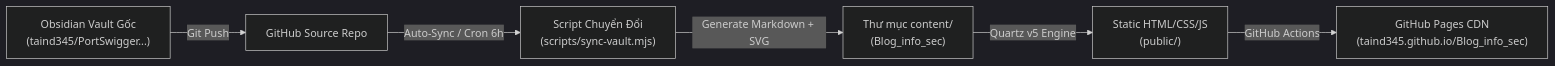
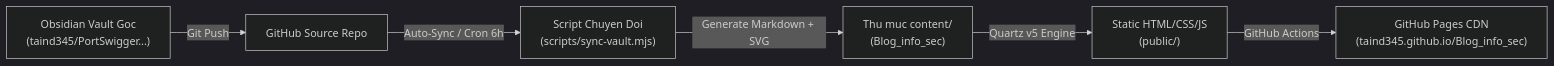
The diagram in GUIDE_SYSTEM.md (taind345/Blog_info_sec), drawn with Mermaid (dark theme) before and after one commit. The commit also changed other lines of this file, not shown here.

````diff
--- a/GUIDE_SYSTEM.md
+++ b/GUIDE_SYSTEM.md
@@ -11,8 +11,8 @@
 ```mermaid
 flowchart LR
-    A["Obsidian Vault Gốc\n(taind345/PortSwigger...)"] -->|"Git Push"| B["GitHub Source Repo"]
-    B -->|"Auto-Sync / Cron 6h"| C["Script Chuyển Đổi\n(scripts/sync-vault.mjs)"]
-    C -->|"Generate Markdown + SVG"| D["Thư mục content/\n(Blog_info_sec)"]
+    A["Obsidian Vault Goc\n(taind345/PortSwigger...)"] -->|"Git Push"| B["GitHub Source Repo"]
+    B -->|"Auto-Sync / Cron 6h"| C["Script Chuyen Doi\n(scripts/sync-vault.mjs)"]
+    C -->|"Generate Markdown + SVG"| D["Thu muc content/\n(Blog_info_sec)"]
     D -->|"Quartz v5 Engine"| E["Static HTML/CSS/JS\n(public/)"]
     E -->|"GitHub Actions"| F["GitHub Pages CDN\n(taind345.github.io/Blog_info_sec)"]
 ```
````
